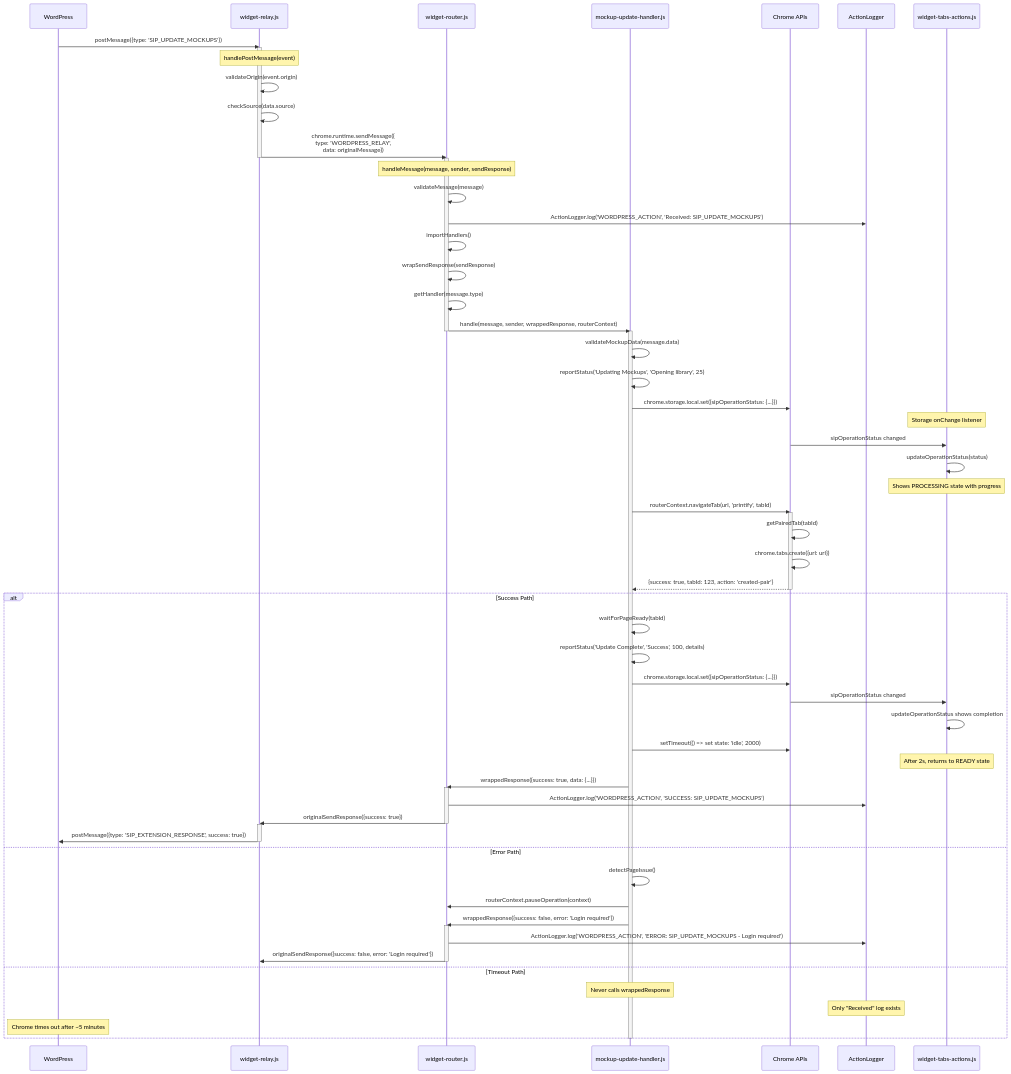
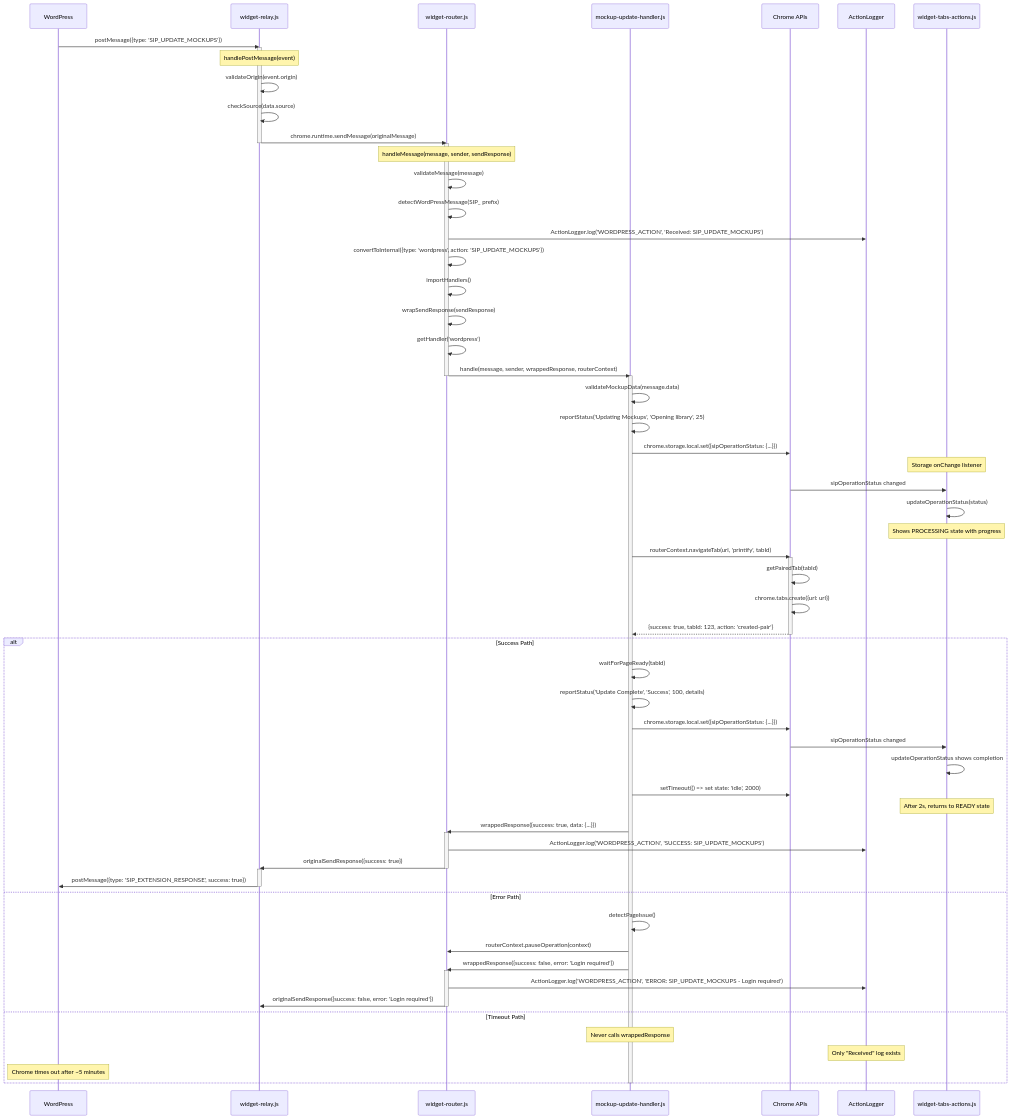
Before and after one commit to tdemelle-SiP/.claude: the second of 14 diagrams in guidelines/sip-printify-manager-extension-widget-v3.md, drawn with Mermaid. The commit also changed other lines of this file and 2 other files, not shown here.

First line of the commit message:
1. Relay no longer wraps data ✓   - Updated diagram shows "validates & forwards" instead of "validates & wraps"   - Message flow diagram shows direct forwarding   - Transform reason explains router converts format, not relay

```diff
--- a/guidelines/sip-printify-manager-extension-widget-v3.md
+++ b/guidelines/sip-printify-manager-extension-widget-v3.md
@@ -244,17 +244,19 @@
     Relay->>Relay: validateOrigin(event.origin)
     Relay->>Relay: checkSource(data.source)
     
-    Relay->>Router: chrome.runtime.sendMessage({<br/>type: 'WORDPRESS_RELAY',<br/>data: originalMessage})
+    Relay->>Router: chrome.runtime.sendMessage(originalMessage)
     deactivate Relay
     
     activate Router
     Note over Router: handleMessage(message, sender, sendResponse)
     Router->>Router: validateMessage(message)
+    Router->>Router: detectWordPressMessage(SIP_ prefix)
     Router->>Logger: ActionLogger.log('WORDPRESS_ACTION', 'Received: SIP_UPDATE_MOCKUPS')
     
+    Router->>Router: convertToInternal({type: 'wordpress', action: 'SIP_UPDATE_MOCKUPS'})
     Router->>Router: importHandlers()
     Router->>Router: wrapSendResponse(sendResponse)
-    Router->>Router: getHandler(message.type)
+    Router->>Router: getHandler('wordpress')
     
     Router->>Handler: handle(message, sender, wrappedResponse, routerContext)
     deactivate Router
```
